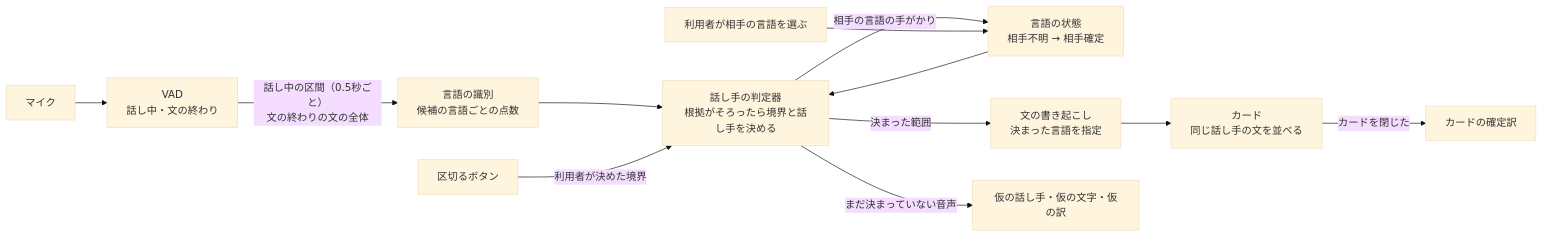
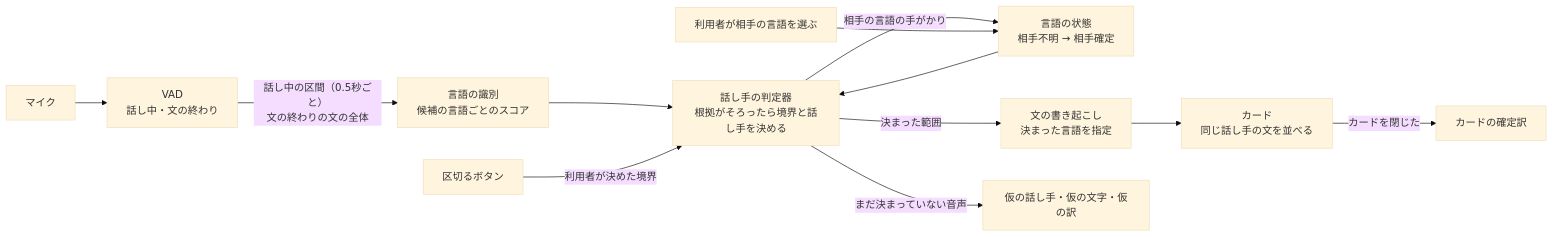
The diagram in docs/作業中/会話翻訳の処理を重いモデルの前提から組み直す.md (kagerouttepaso/PlamoTranslate), drawn with Mermaid (base theme) before and after one commit. The commit also changed other lines of this file and 57 other files, not shown here.

````diff
--- a/docs/作業中/会話翻訳の処理を重いモデルの前提から組み直す.md
+++ b/docs/作業中/会話翻訳の処理を重いモデルの前提から組み直す.md
@@ -110,14 +110,14 @@
 ```mermaid
 flowchart LR
   MIC["マイク"] --> VAD["VAD<br>話し中・文の終わり"]
-  VAD -->|"話し中の区間（0.5秒ごと）<br>文の終わりの文の全体"| ID["言語の識別<br>候補の言語ごとの点数"]
+  VAD -->|"話し中の区間（0.5秒ごと）<br>文の終わりの文の全体"| ID["言語の識別<br>候補の言語ごとのスコア"]
   ID --> JUDGE["話し手の判定器<br>根拠がそろったら境界と話し手を決める"]
   BTN["区切るボタン"] -->|利用者が決めた境界| JUDGE
   LS["言語の状態<br>相手不明 → 相手確定"] --> JUDGE
   JUDGE -->|相手の言語の手がかり| LS
   USER["利用者が相手の言語を選ぶ"] --> LS
   JUDGE -->|決まった範囲| ASR["文の書き起こし<br>決まった言語を指定"]
   ASR --> CARD["カード<br>同じ話し手の文を並べる"]
   CARD -->|カードを閉じた| TR["カードの確定訳"]
   JUDGE -->|まだ決まっていない音声| LIVE["仮の話し手・仮の文字・仮の訳"]
 ```
````
